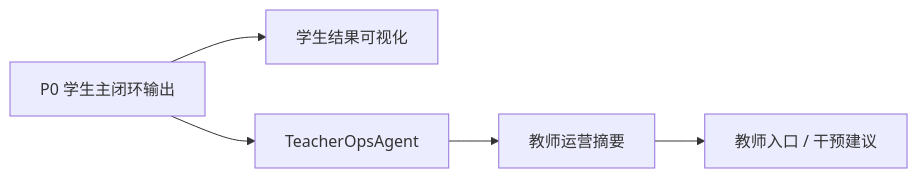
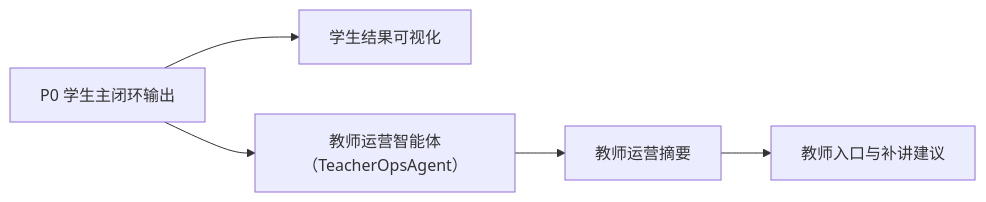
The diagram in doc/智能体文档/子引擎层/实施附录/02-P1-可视化与教师运营-架构设计.md (chenqsq/doc-showcase), drawn with Mermaid before and after one commit. The commit also changed other lines of this file and 16 other files, not shown here.

````diff
--- a/doc/智能体文档/子引擎层/实施附录/02-P1-可视化与教师运营-架构设计.md
+++ b/doc/智能体文档/子引擎层/实施附录/02-P1-可视化与教师运营-架构设计.md
@@ -70,7 +67,7 @@
 ```mermaid
 flowchart LR
-    A["P0 学生主闭环输出"] --> B["学生结果可视化"]
-    A --> C["TeacherOpsAgent"]
-    C --> D["教师运营摘要"]
-    D --> E["教师入口 / 干预建议"]
+    A[P0 学生主闭环输出] --> B[学生结果可视化]
+    A --> C[教师运营智能体（TeacherOpsAgent）]
+    C --> D[教师运营摘要]
+    D --> E[教师入口与补讲建议]
 ```
````
